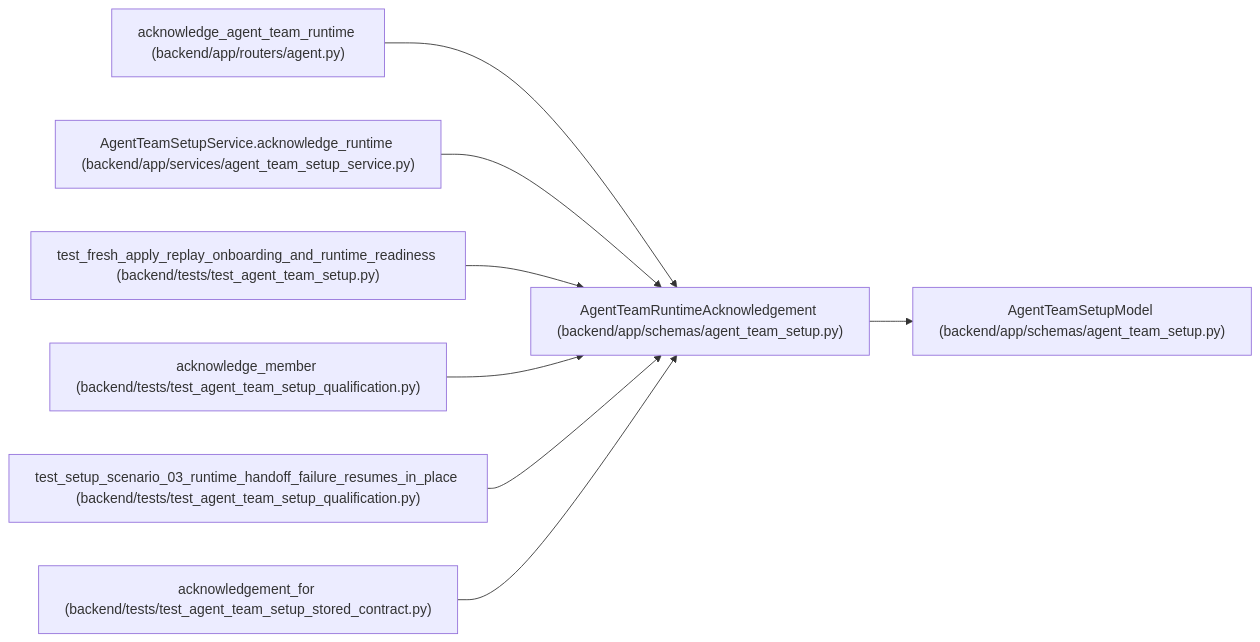
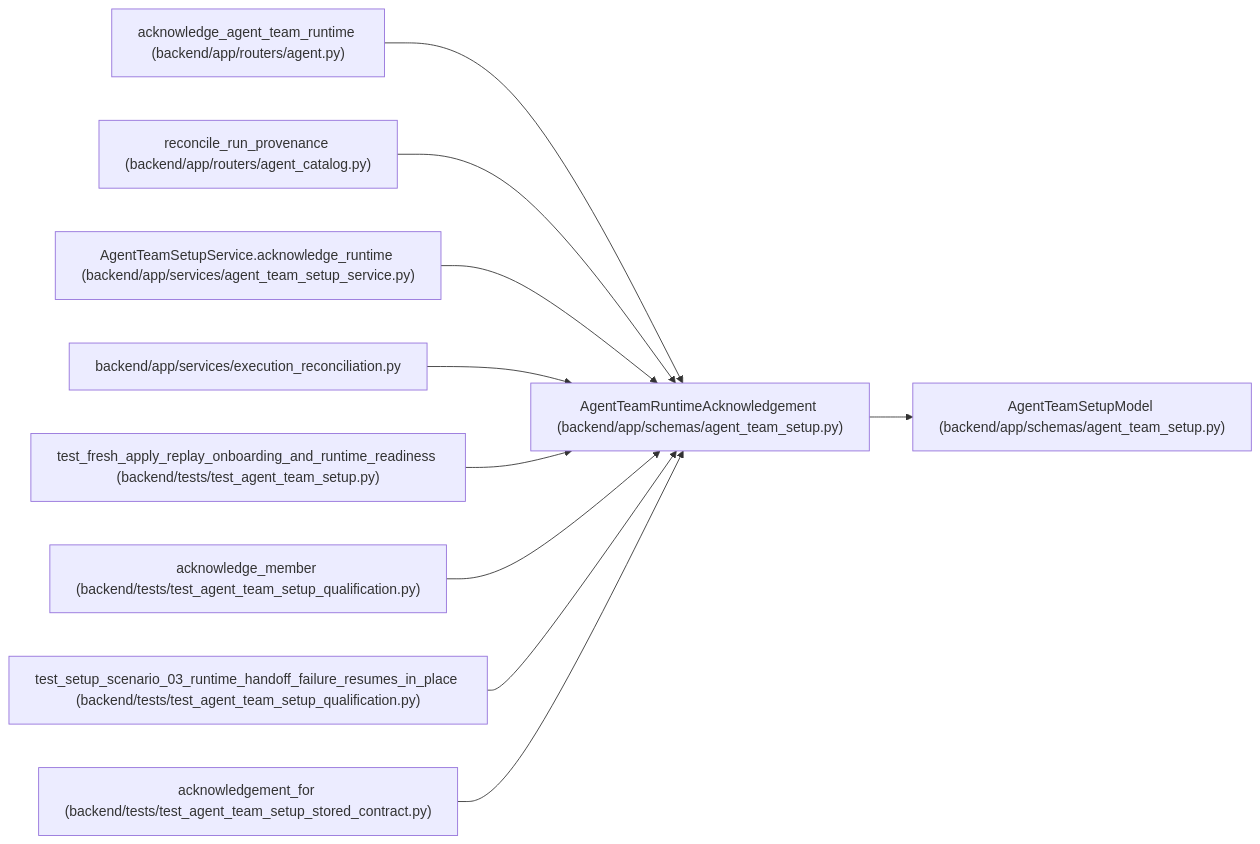
One commit to Denissvgn/WorkChord changed the diagram in docs/llm_wiki/entities/AgentTeamRuntimeAcknowledgement.md. Above: the diagram before and after it, drawn with Mermaid. The commit also changed other lines of this file and 2373 other files, not shown here.

````diff
--- a/docs/llm_wiki/entities/AgentTeamRuntimeAcknowledgement.md
+++ b/docs/llm_wiki/entities/AgentTeamRuntimeAcknowledgement.md
@@ -45,26 +45,32 @@
 ```mermaid
 flowchart LR
     n0["AgentTeamRuntimeAcknowledgement (backend/app/schemas/agent_team_setup.py)"]
     n1["AgentTeamSetupModel (backend/app/schemas/agent_team_setup.py)"]
     n2["acknowledge_agent_team_runtime (backend/app/routers/agent.py)"]
-    n3["AgentTeamSetupService.acknowledge_runtime (backend/app/services/agent_team_setup_service.py)"]
-    n4["test_fresh_apply_replay_onboarding_and_runtime_readiness (backend/tests/test_agent_team_setup.py)"]
-    n5["acknowledge_member (backend/tests/test_agent_team_setup_qualification.py)"]
-    n6["test_setup_scenario_03_runtime_handoff_failure_resumes_in_place (backend/tests/test_agent_team_setup_qualification.py)"]
-    n7["acknowledgement_for (backend/tests/test_agent_team_setup_stored_contract.py)"]
+    n3["reconcile_run_provenance (backend/app/routers/agent_catalog.py)"]
+    n4["AgentTeamSetupService.acknowledge_runtime (backend/app/services/agent_team_setup_service.py)"]
+    n5["backend/app/services/execution_reconciliation.py"]
+    n6["test_fresh_apply_replay_onboarding_and_runtime_readiness (backend/tests/test_agent_team_setup.py)"]
+    n7["acknowledge_member (backend/tests/test_agent_team_setup_qualification.py)"]
+    n8["test_setup_scenario_03_runtime_handoff_failure_resumes_in_place (backend/tests/test_agent_team_setup_qualification.py)"]
+    n9["acknowledgement_for (backend/tests/test_agent_team_setup_stored_contract.py)"]
     n0 --> n1
     n2 --> n0
     n3 --> n0
     n4 --> n0
     n5 --> n0
     n6 --> n0
     n7 --> n0
+    n8 --> n0
+    n9 --> n0
     click n0 "../modules/agent_team_setup.md"
     click n1 "../modules/agent_team_setup.md"
     click n2 "../modules/routers_agent.md"
-    click n3 "../modules/agent_team_setup_service.md"
-    click n4 "../modules/test_agent_team_setup.md"
-    click n5 "../modules/test_agent_team_setup_qualification.md"
-    click n6 "../modules/test_agent_team_setup_qualification.md"
-    click n7 "../modules/test_agent_team_setup_stored_contract.md"
+    click n3 "../modules/agent_catalog.md"
+    click n4 "../modules/agent_team_setup_service.md"
+    click n5 "../modules/execution_reconciliation.md"
+    click n6 "../modules/test_agent_team_setup.md"
+    click n7 "../modules/test_agent_team_setup_qualification.md"
+    click n8 "../modules/test_agent_team_setup_qualification.md"
+    click n9 "../modules/test_agent_team_setup_stored_contract.md"
 ```
````
